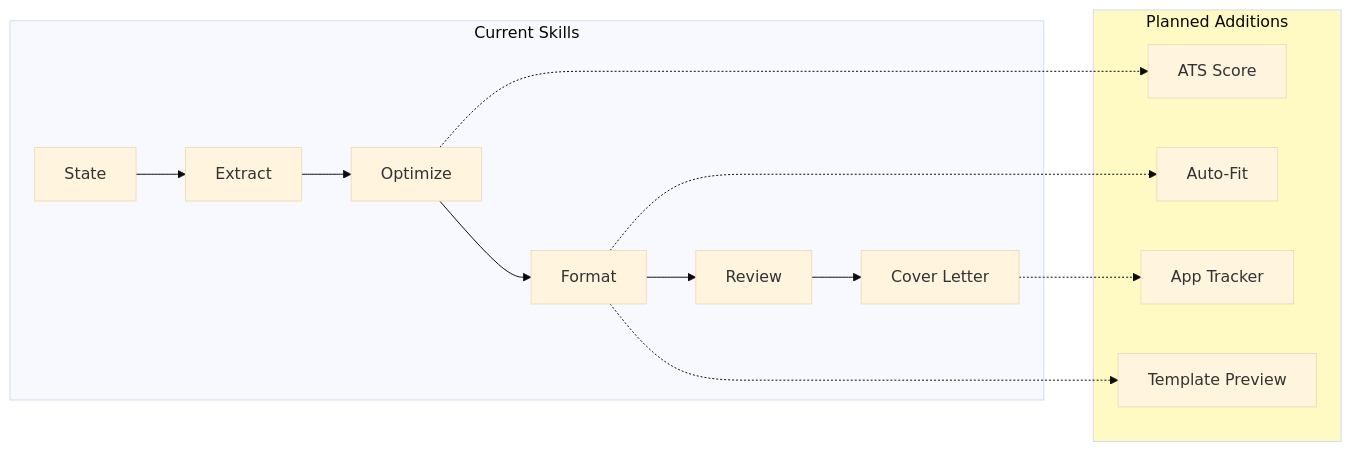
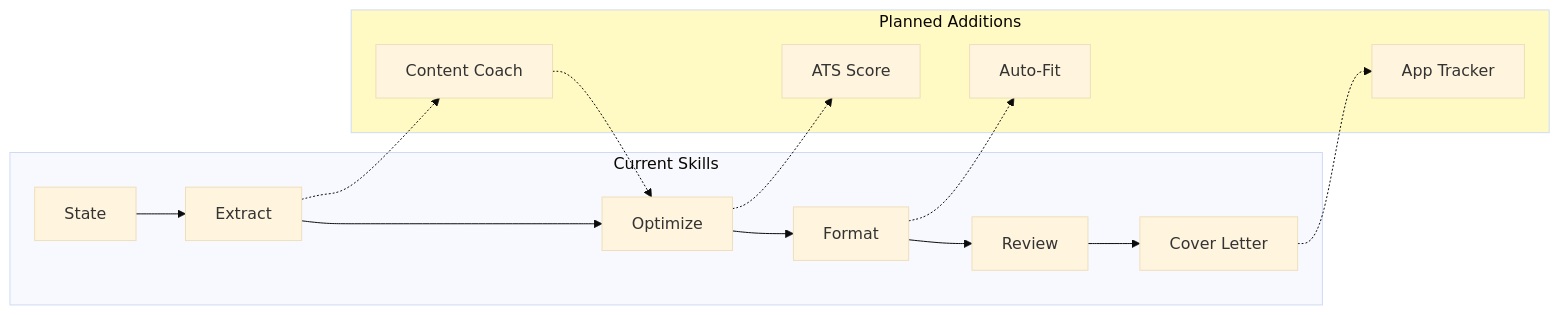
The fourth of 4 diagrams in README.md (vibewith-brent/claude-resume-skills), drawn with Mermaid (base theme) before and after one commit. The commit also changed other lines of this file and 3 other files, not shown here.

First line of the commit message:
Add resume-coach skill for content discovery and expansion

````diff
--- a/README.md
+++ b/README.md
@@ -316,24 +355,25 @@
 ```mermaid
 flowchart LR
     subgraph current["Current Skills"]
         A[State] --> B[Extract]
         B --> C[Optimize]
         C --> D[Format]
         D --> E[Review]
         E --> F[Cover Letter]
     end
 
     subgraph planned["Planned Additions"]
-        G[ATS Score]
-        H[Auto-Fit]
-        I[App Tracker]
-        J[Template Preview]
+        G[Content Coach]
+        H[ATS Score]
+        I[Auto-Fit]
+        J[App Tracker]
     end
 
-    C -.-> G
-    D -.-> H
-    D -.-> J
-    F -.-> I
+    B -.-> G
+    G -.-> C
+    C -.-> H
+    D -.-> I
+    F -.-> J
 
     style planned fill:#fff9c4
 ```
````
